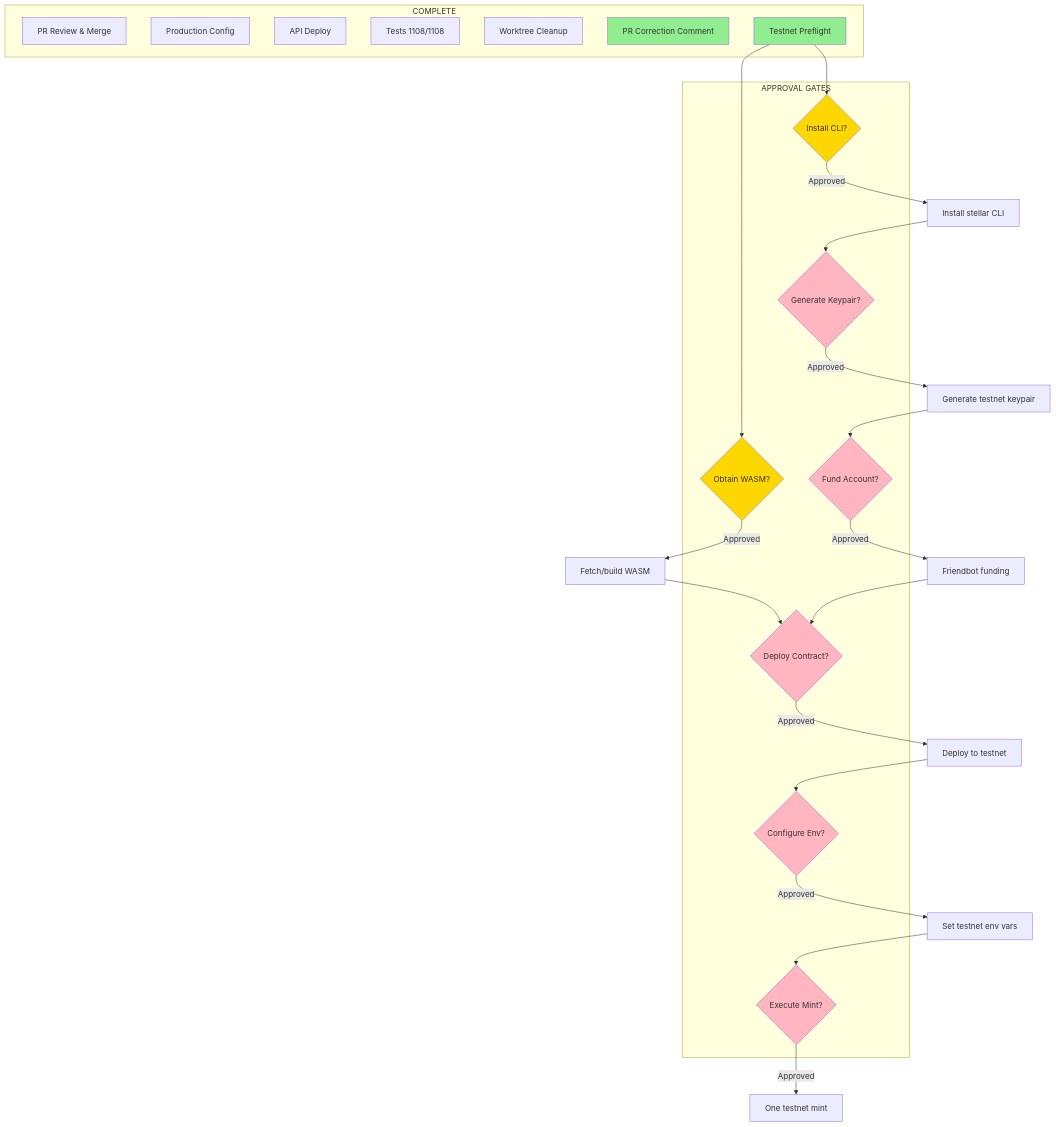
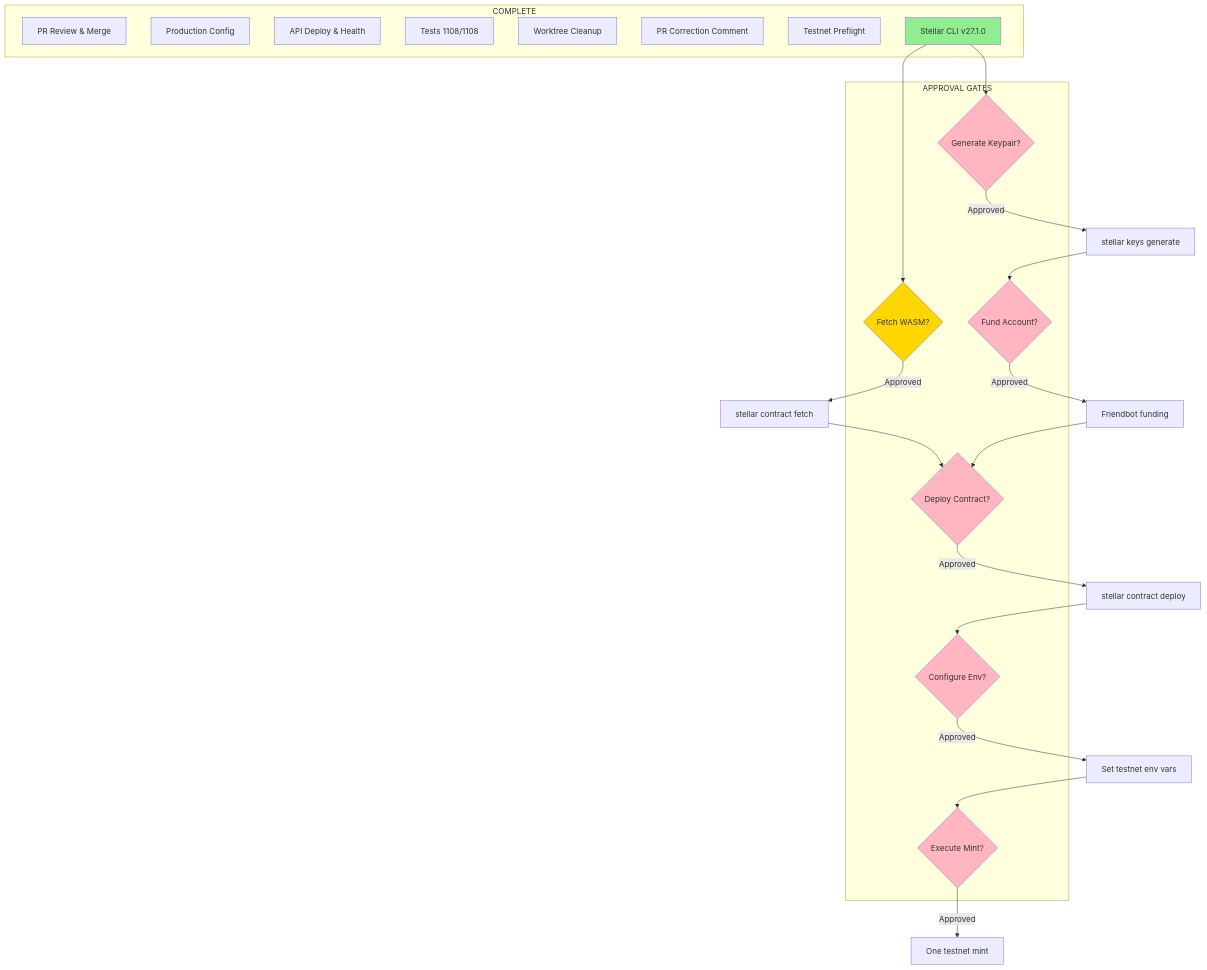
One commit to SM-Web-Systems/lms-crypto-production changed the diagram in docs/superpowers/diagrams/2026-08-19-testnet-approval-gates.md. Above: the diagram before and after it, drawn with Mermaid. The commit also changed other lines of this file and 10 other files, not shown here.

First line of the commit message:
docs: phase 6 — Stellar CLI v27.1.0 installed, testnet readiness documented

````diff
--- a/docs/superpowers/diagrams/2026-08-19-testnet-approval-gates.md
+++ b/docs/superpowers/diagrams/2026-08-19-testnet-approval-gates.md
@@ -5,48 +6,44 @@
 ```mermaid
 flowchart TD
     subgraph "COMPLETE"
-        C1[PR Review & Merge]
-        C2[Production Config]
-        C3[API Deploy]
-        C4[Tests 1108/1108]
-        C5[Worktree Cleanup]
-        C6[PR Correction Comment]
-        C7[Testnet Preflight]
+        C1["PR Review & Merge"]
+        C2["Production Config"]
+        C3["API Deploy & Health"]
+        C4["Tests 1108/1108"]
+        C5["Worktree Cleanup"]
+        C6["PR Correction Comment"]
+        C7["Testnet Preflight"]
+        C8["Stellar CLI v27.1.0"]
     end
 
     subgraph "APPROVAL GATES"
-        G1{"Install CLI?"}
-        G2{"Obtain WASM?"}
-        G3{"Generate Keypair?"}
-        G4{"Fund Account?"}
-        G5{"Deploy Contract?"}
-        G6{"Configure Env?"}
-        G7{"Execute Mint?"}
+        G1{"Fetch WASM?"}
+        G2{"Generate Keypair?"}
+        G3{"Fund Account?"}
+        G4{"Deploy Contract?"}
+        G5{"Configure Env?"}
+        G6{"Execute Mint?"}
     end
 
-    C7 --> G1
-    C7 --> G2
-    G1 -->|Approved| T1[Install stellar CLI]
-    G2 -->|Approved| T2[Fetch/build WASM]
-    T1 --> G3
-    G3 -->|Approved| T3[Generate testnet keypair]
+    C8 --> G1
+    C8 --> G2
+    G1 -->|Approved| T1["stellar contract fetch"]
+    G2 -->|Approved| T2["stellar keys generate"]
+    T2 --> G3
+    G3 -->|Approved| T3["Friendbot funding"]
+    T1 --> G4
     T3 --> G4
-    G4 -->|Approved| T4[Friendbot funding]
-    T2 --> G5
+    G4 -->|Approved| T4["stellar contract deploy"]
     T4 --> G5
-    G5 -->|Approved| T5[Deploy to testnet]
+    G5 -->|Approved| T5["Set testnet env vars"]
     T5 --> G6
-    G6 -->|Approved| T6[Set testnet env vars]
-    T6 --> G7
-    G7 -->|Approved| T7[One testnet mint]
+    G6 -->|Approved| T6["One testnet mint"]
 
-    style C6 fill:#90EE90
-    style C7 fill:#90EE90
+    style C8 fill:#90EE90
     style G1 fill:#FFD700
-    style G2 fill:#FFD700
+    style G2 fill:#FFB6C1
     style G3 fill:#FFB6C1
     style G4 fill:#FFB6C1
     style G5 fill:#FFB6C1
     style G6 fill:#FFB6C1
-    style G7 fill:#FFB6C1
 ```
````
